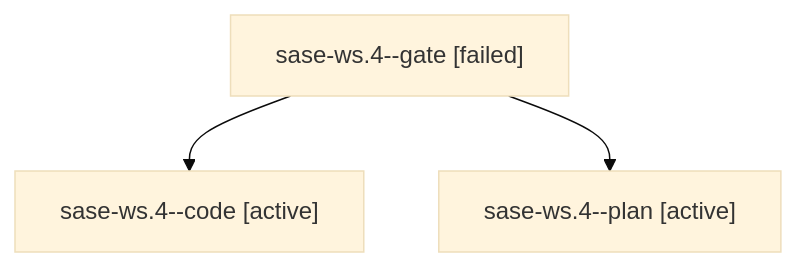
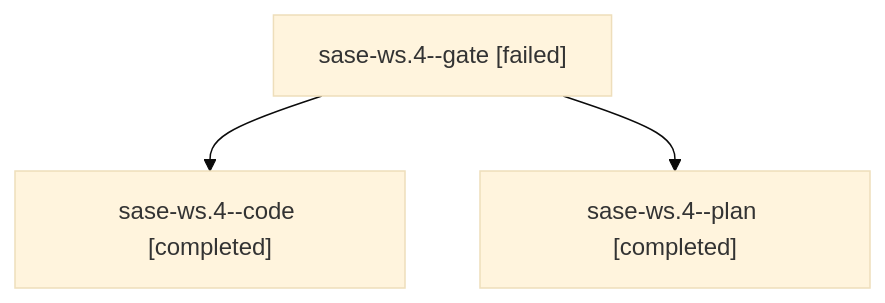
One commit to sase-org/sase--agents changed the diagram in families/bbugyi200.apollo.sase-ws.4.md. Above: the diagram before and after it, drawn with Mermaid (base theme). The commit also changed other lines of this file and 23 other files, not shown here.

````diff
--- a/families/bbugyi200.apollo.sase-ws.4.md
+++ b/families/bbugyi200.apollo.sase-ws.4.md
@@ -9,8 +9,8 @@
 ```mermaid
 flowchart TD
   n0["sase-ws.4--gate [failed]"]
-  n1["sase-ws.4--code [active]"]
+  n1["sase-ws.4--code [completed]"]
   n0 --> n1
-  n2["sase-ws.4--plan [active]"]
+  n2["sase-ws.4--plan [completed]"]
   n0 --> n2
 ```
````
